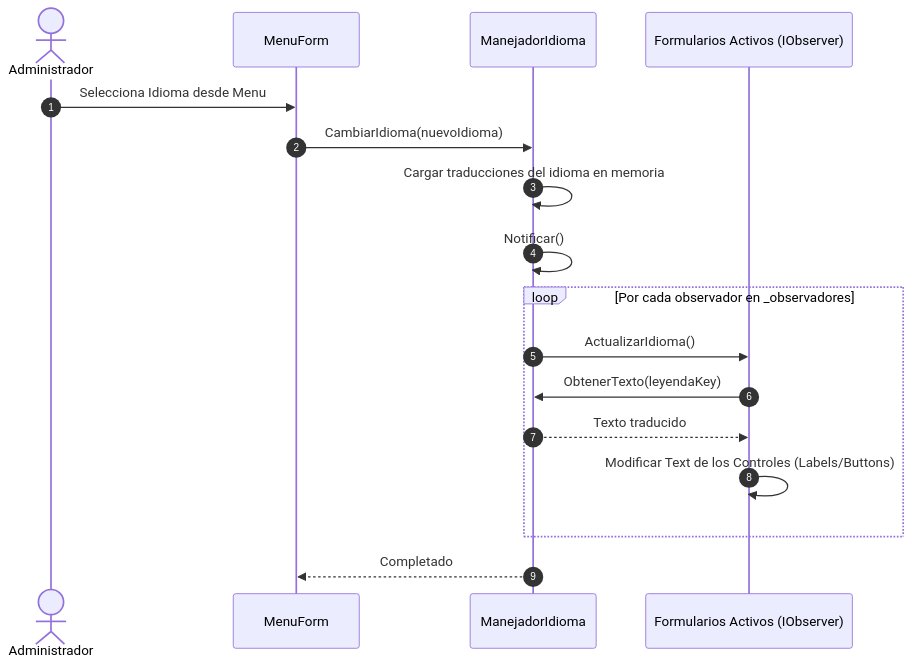
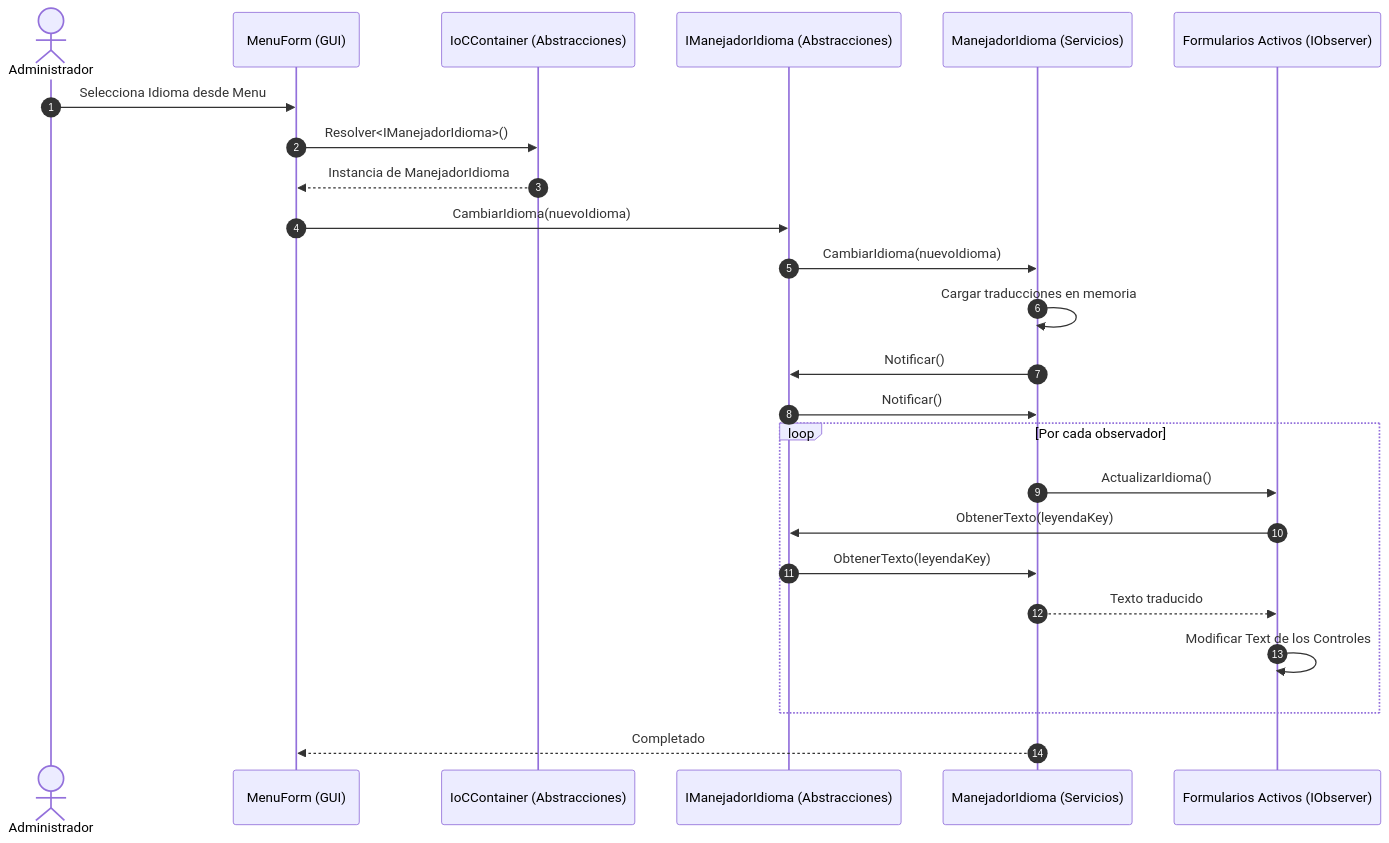
One commit to LautiSmyth/Stach changed diagram 18 of 25 in Documentacion/diagrams_code.md. Above: the diagram before and after it, drawn with Mermaid. The commit also changed other lines of this file, not shown here.

Commit message:
Doc: Update sequence and module class diagrams to explicitly include the Abstracciones layer interfaces and IoCContainer

````diff
--- a/Documentacion/diagrams_code.md
+++ b/Documentacion/diagrams_code.md
@@ -504,20 +607,27 @@
 ```mermaid
 sequenceDiagram
     autonumber
     actor Admin as Administrador
-    participant GUI as MenuForm
-    participant Srv as ManejadorIdioma
+    participant GUI as MenuForm (GUI)
+    participant IoC as IoCContainer (Abstracciones)
+    participant Srv as IManejadorIdioma (Abstracciones)
+    participant RealSrv as ManejadorIdioma (Servicios)
     participant Obs as Formularios Activos (IObserver)
 
     Admin->>GUI: Selecciona Idioma desde Menu
+    GUI->>IoC: Resolver<IManejadorIdioma>()
+    IoC-->>GUI: Instancia de ManejadorIdioma
     GUI->>Srv: CambiarIdioma(nuevoIdioma)
-    Srv->>Srv: Cargar traducciones del idioma en memoria
-    Srv->>Srv: Notificar()
-    loop Por cada observador en _observadores
-        Srv->>Obs: ActualizarIdioma()
+    Srv->>RealSrv: CambiarIdioma(nuevoIdioma)
+    RealSrv->>RealSrv: Cargar traducciones en memoria
+    RealSrv->>Srv: Notificar()
+    Srv->>RealSrv: Notificar()
+    loop Por cada observador
+        RealSrv->>Obs: ActualizarIdioma()
         Obs->>Srv: ObtenerTexto(leyendaKey)
-        Srv-->>Obs: Texto traducido
-        Obs->>Obs: Modificar Text de los Controles (Labels/Buttons)
+        Srv->>RealSrv: ObtenerTexto(leyendaKey)
+        RealSrv-->>Obs: Texto traducido
+        Obs->>Obs: Modificar Text de los Controles
     end
-    Srv-->>GUI: Completado
+    RealSrv-->>GUI: Completado
 ```
````
